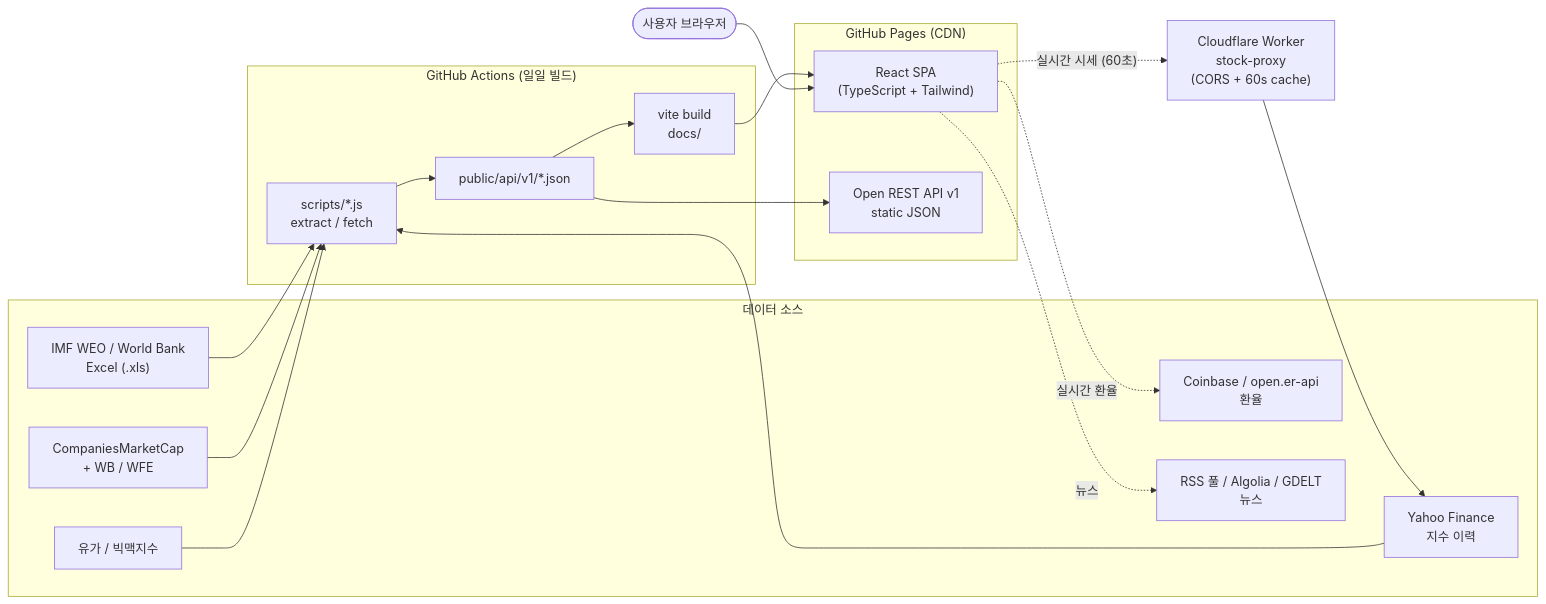
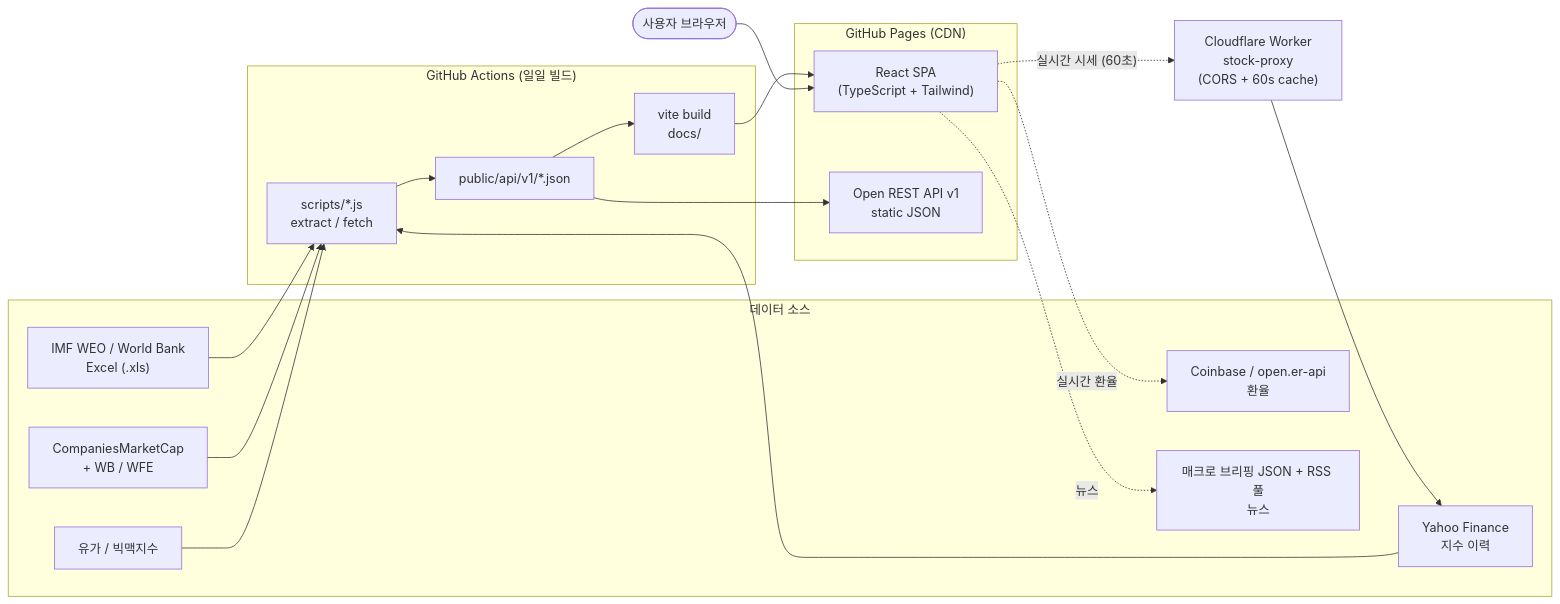
Before and after one commit to silverogic/geonomics: the diagram in README.ko.md, drawn with Mermaid. The commit also changed other lines of this file and 2 other files, not shown here.

Commit message:
docs: update news sources (macro brief + RSS pool) in READMEs

````diff
--- a/README.ko.md
+++ b/README.ko.md
@@ -109,38 +109,38 @@
 ```mermaid
 flowchart LR
   subgraph SRC["데이터 소스"]
     S1["IMF WEO / World Bank<br/>Excel (.xls)"]
     S2["Yahoo Finance<br/>지수 이력"]
     S3["CompaniesMarketCap<br/>+ WB / WFE"]
     S4["유가 / 빅맥지수"]
     S5["Coinbase / open.er-api<br/>환율"]
-    S6["RSS 풀 / Algolia / GDELT<br/>뉴스"]
+    S6["매크로 브리핑 JSON + RSS 풀<br/>뉴스"]
   end
 
   subgraph CI["GitHub Actions (일일 빌드)"]
     P1["scripts/*.js<br/>extract / fetch"]
     P2["public/api/v1/*.json"]
     P3["vite build<br/>docs/"]
   end
 
   subgraph HOST["GitHub Pages (CDN)"]
     WEB["React SPA<br/>(TypeScript + Tailwind)"]
     API["Open REST API v1<br/>static JSON"]
   end
 
   W["Cloudflare Worker<br/>stock-proxy<br/>(CORS + 60s cache)"]
   U(["사용자 브라우저"])
 
   S1 --> P1
   S2 --> P1
   S3 --> P1
   S4 --> P1
   P1 --> P2 --> P3 --> WEB
   P2 --> API
 
   U --> WEB
   WEB -. "실시간 시세 (60초)" .-> W
   W --> S2
   WEB -. "실시간 환율" .-> S5
   WEB -. "뉴스" .-> S6
 ```
````
